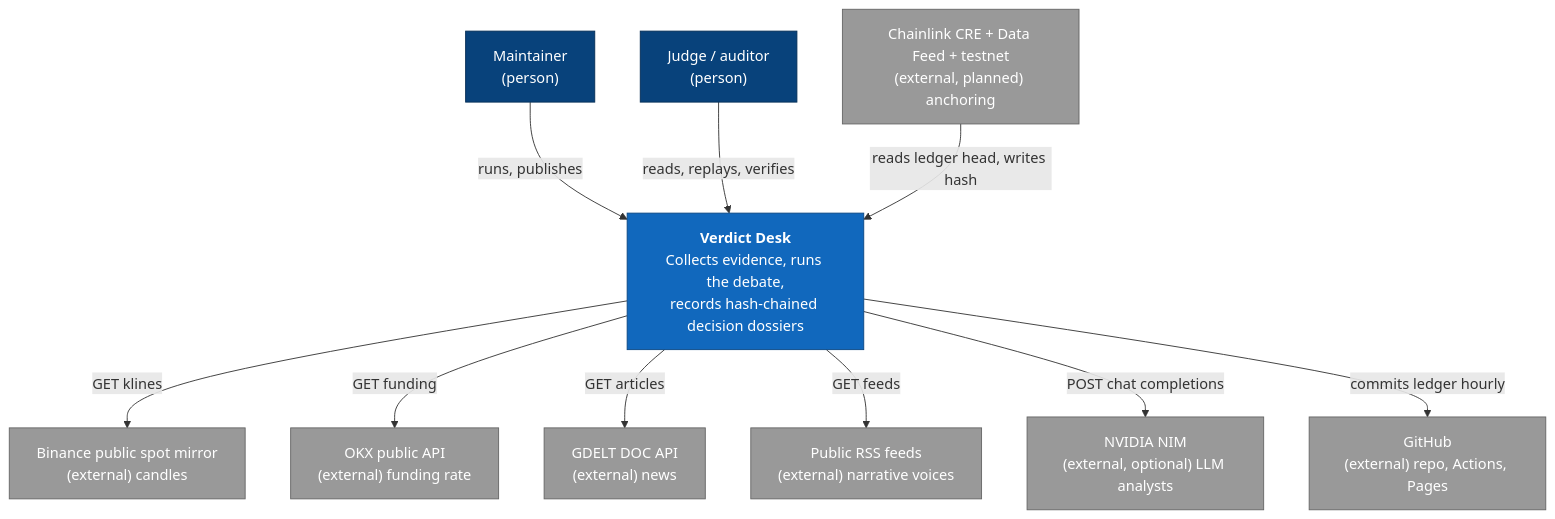
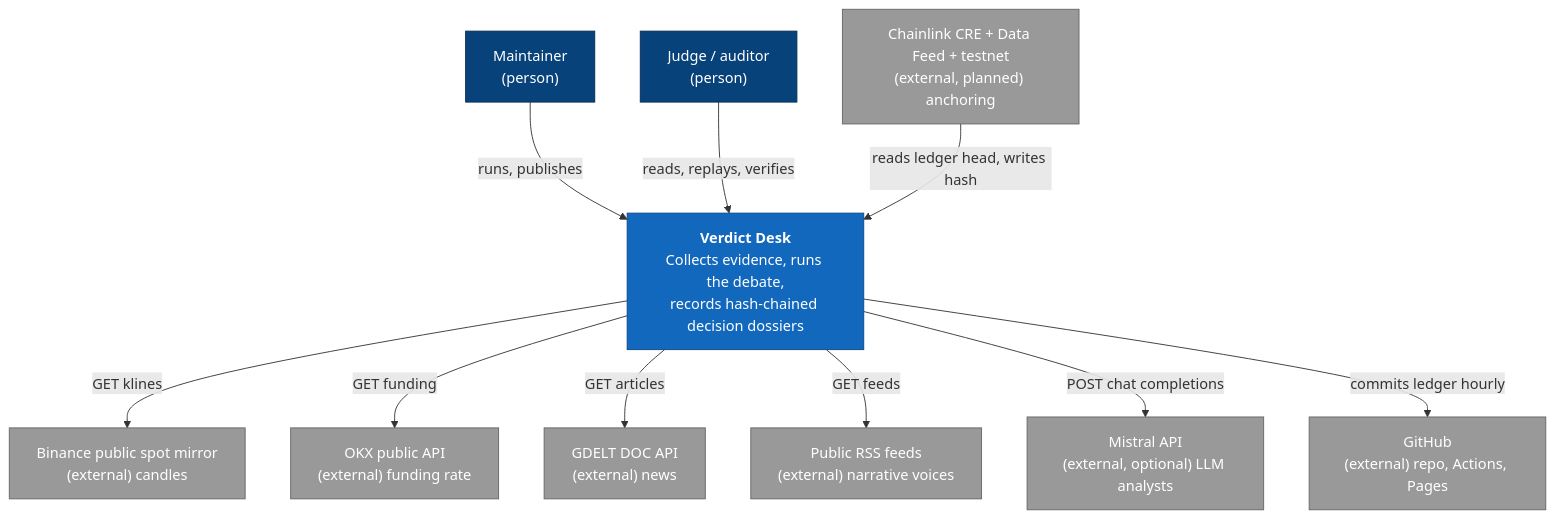
The first of 3 diagrams in docs/architecture.md (AndriyAmaro/verdict-desk), drawn with Mermaid before and after one commit. The commit also changed other lines of this file and 6 other files, not shown here.

First line of the commit message:
llm: switch the LLM provider to the Mistral API (MISTRAL_API_KEY)

````diff
--- a/docs/architecture.md
+++ b/docs/architecture.md
@@ -37,32 +37,32 @@
 ```mermaid
 graph TB
     judge["Judge / auditor<br/>(person)"]
     operator["Maintainer<br/>(person)"]
 
     system["<b>Verdict Desk</b><br/>Collects evidence, runs the debate,<br/>records hash-chained decision dossiers"]
 
     binance["Binance public spot mirror<br/>(external) candles"]
     okx["OKX public API<br/>(external) funding rate"]
     gdelt["GDELT DOC API<br/>(external) news"]
     rss["Public RSS feeds<br/>(external) narrative voices"]
-    nim["NVIDIA NIM<br/>(external, optional) LLM analysts"]
+    mistral["Mistral API<br/>(external, optional) LLM analysts"]
     github["GitHub<br/>(external) repo, Actions, Pages"]
     cre["Chainlink CRE + Data Feed + testnet<br/>(external, planned) anchoring"]
 
     operator -->|"runs, publishes"| system
     judge -->|"reads, replays, verifies"| system
     system -->|"GET klines"| binance
     system -->|"GET funding"| okx
     system -->|"GET articles"| gdelt
     system -->|"GET feeds"| rss
-    system -->|"POST chat completions"| nim
+    system -->|"POST chat completions"| mistral
     system -->|"commits ledger hourly"| github
     cre -->|"reads ledger head, writes hash"| system
 
     classDef person fill:#08427b,stroke:#052e56,color:#fff
     classDef internal fill:#1168bd,stroke:#0b4884,color:#fff
     classDef external fill:#999,stroke:#666,color:#fff
     class judge,operator person
     class system internal
-    class binance,okx,gdelt,rss,nim,github,cre external
+    class binance,okx,gdelt,rss,mistral,github,cre external
 ```
````
